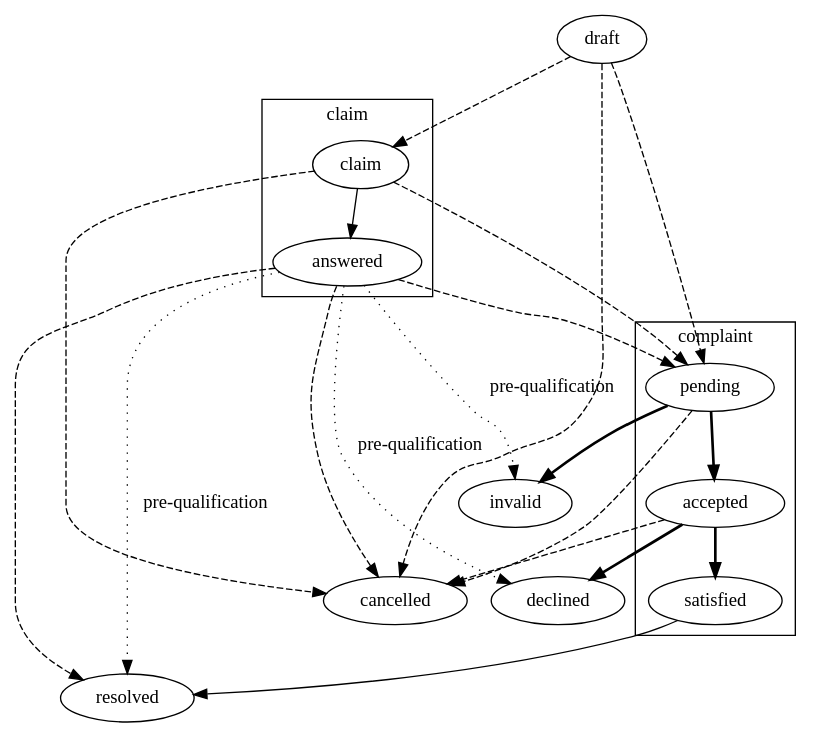
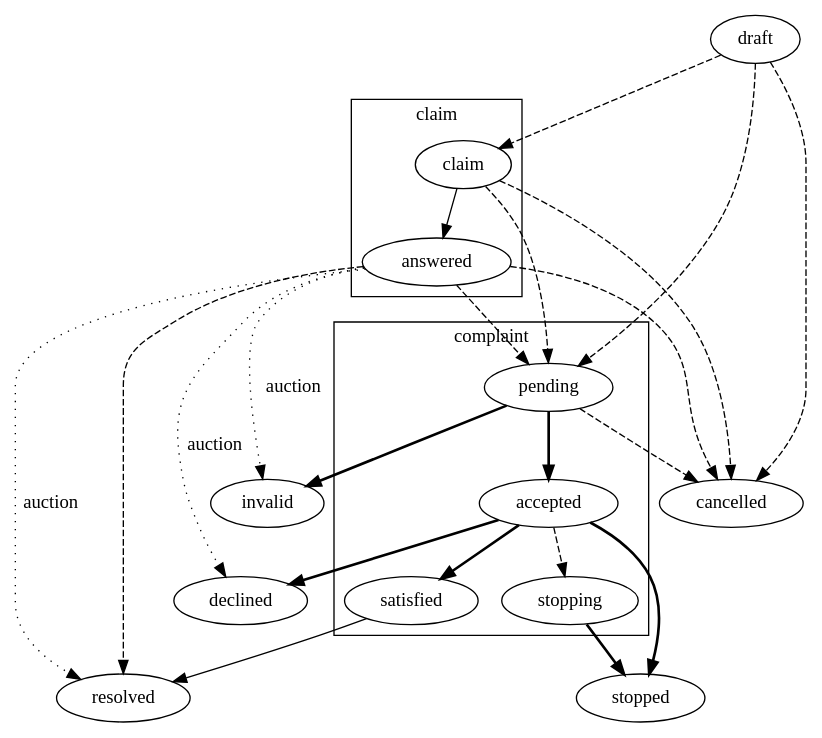
The first of 3 diagrams in docs/source/complaints.rst (ProzorroUKR/openprocurement.api), drawn with Graphviz before and after one commit.

Commit message:
Added stopping and stopped for tender complaints

```diff
--- a/docs/source/complaints.rst
+++ b/docs/source/complaints.rst
@@ -18,24 +18,26 @@
 .. graphviz::
 
     digraph G {
         subgraph cluster_claim {
             label = "claim";
             claim; answered;
         }
         subgraph cluster_complaint {
             label = "complaint";
-            pending; satisfied; accepted;
+            pending; satisfied; accepted; stopping;
         }
         claim -> answered;
         satisfied -> resolved;
         edge[style=dashed];
         answered -> {pending,resolved};
         draft -> {claim,pending};
         claim -> pending;
-        {accepted,draft,claim,answered,pending} -> cancelled; 
+        {draft,claim,answered,pending} -> cancelled;
+        accepted -> stopping;
         edge[style=bold];
         pending -> {accepted,invalid};
-        accepted -> {declined,satisfied};
-        edge[label="pre-qualification" style=dotted];
+        accepted -> {declined,satisfied,stopped};
+        stopping -> stopped;
+        edge[label="auction" style=dotted];
         answered -> {declined,resolved,invalid};
     }
```
